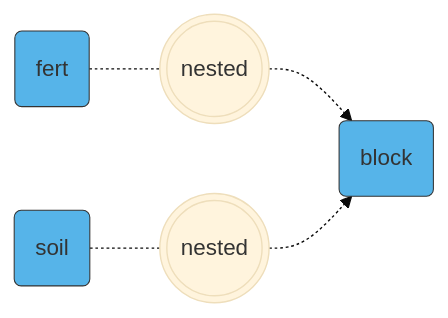
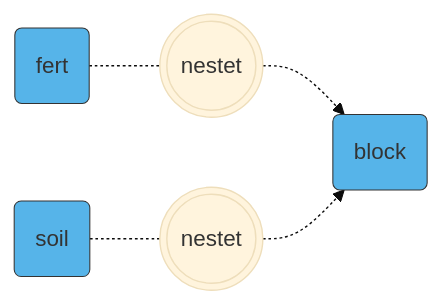
Before and after one commit to jkruppa/jkruppa.github.io: the fifth of 7 diagrams in experimental-design-advanced.qmd, drawn with Mermaid (base theme). The commit also changed other lines of this file and 29 other files, not shown here.

````diff
--- a/experimental-design-advanced.qmd
+++ b/experimental-design-advanced.qmd
@@ -610,9 +631,9 @@
 ```{mermaid}
 %%| label: fig-mermaid-incomplete-1
 %%| fig-width: 6
 %%| fig-cap: "text"
 flowchart LR
-    A(fert):::factor -.- B(((nested))) -.-> E(block):::factor
-    C(soil):::factor -.- D(((nested))) -.-> E
+    A(fert):::factor -.- B(((nestet))) -.-> E(block):::factor
+    C(soil):::factor -.- D(((nestet))) -.-> E
     classDef factor fill:#56B4E9,stroke:#333,stroke-width:0.75px
 ```
````
